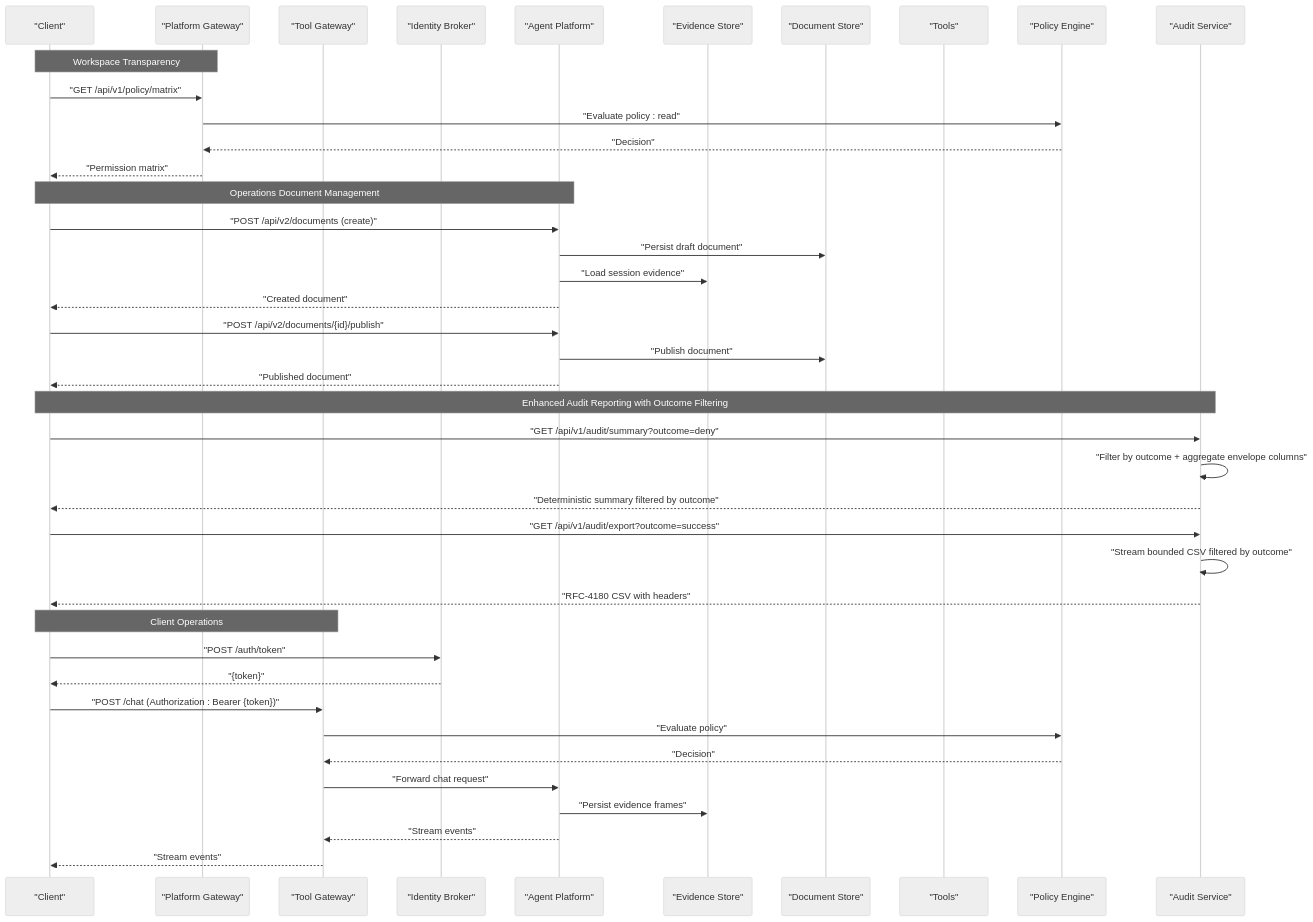
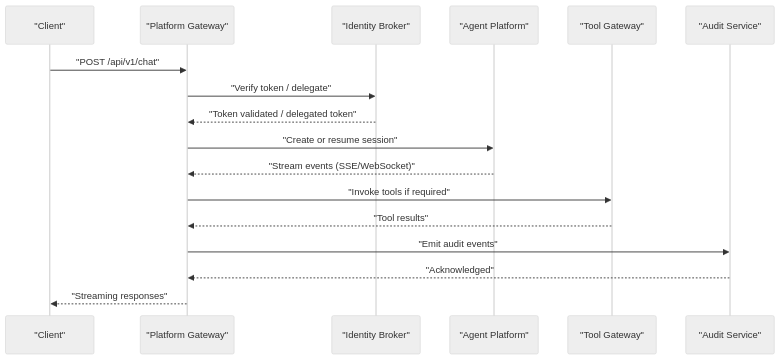
One commit to metasync/luban-aiops changed the second of 3 diagrams in .qoder/repowiki/en/content/API Reference/API Reference.md. Above: the diagram before and after it, drawn with Mermaid (neutral theme). The commit also changed other lines of this file and 843 other files, not shown here.

````diff
--- a/.qoder/repowiki/en/content/API Reference/API Reference.md
+++ b/.qoder/repowiki/en/content/API Reference/API Reference.md
@@ -190,43 +112,19 @@
 ```mermaid
 sequenceDiagram
 participant C as "Client"
-participant PG as "Platform Gateway"
-participant TG as "Tool Gateway"
+participant G as "Platform Gateway"
 participant I as "Identity Broker"
 participant A as "Agent Platform"
-participant ES as "Evidence Store"
-participant DS as "Document Store"
-participant T as "Tools"
-participant P as "Policy Engine"
-participant AS as "Audit Service"
-Note over C,PG : Workspace Transparency
-C->>PG : "GET /api/v1/policy/matrix"
-PG->>P : "Evaluate policy : read"
-P-->>PG : "Decision"
-PG-->>C : "Permission matrix"
-Note over C,A : Operations Document Management
-C->>A : "POST /api/v2/documents (create)"
-A->>DS : "Persist draft document"
-A->>ES : "Load session evidence"
-A-->>C : "Created document"
-C->>A : "POST /api/v2/documents/{id}/publish"
-A->>DS : "Publish document"
-A-->>C : "Published document"
-Note over C,AS : Enhanced Audit Reporting with Outcome Filtering
-C->>AS : "GET /api/v1/audit/summary?outcome=deny"
-AS->>AS : "Filter by outcome + aggregate envelope columns"
-AS-->>C : "Deterministic summary filtered by outcome"
-C->>AS : "GET /api/v1/audit/export?outcome=success"
-AS->>AS : "Stream bounded CSV filtered by outcome"
-AS-->>C : "RFC-4180 CSV with headers"
-Note over C,TG : Client Operations
-C->>I : "POST /auth/token"
-I-->>C : "{token}"
-C->>TG : "POST /chat (Authorization : Bearer {token})"
-TG->>P : "Evaluate policy"
-P-->>TG : "Decision"
-TG->>A : "Forward chat request"
-A->>ES : "Persist evidence frames"
-A-->>TG : "Stream events"
-TG-->>C : "Stream events"
+participant T as "Tool Gateway"
+participant U as "Audit Service"
+C->>G : "POST /api/v1/chat"
+G->>I : "Verify token / delegate"
+I-->>G : "Token validated / delegated token"
+G->>A : "Create or resume session"
+A-->>G : "Stream events (SSE/WebSocket)"
+G->>T : "Invoke tools if required"
+T-->>G : "Tool results"
+G->>U : "Emit audit events"
+U-->>G : "Acknowledged"
+G-->>C : "Streaming responses"
 ```
````
